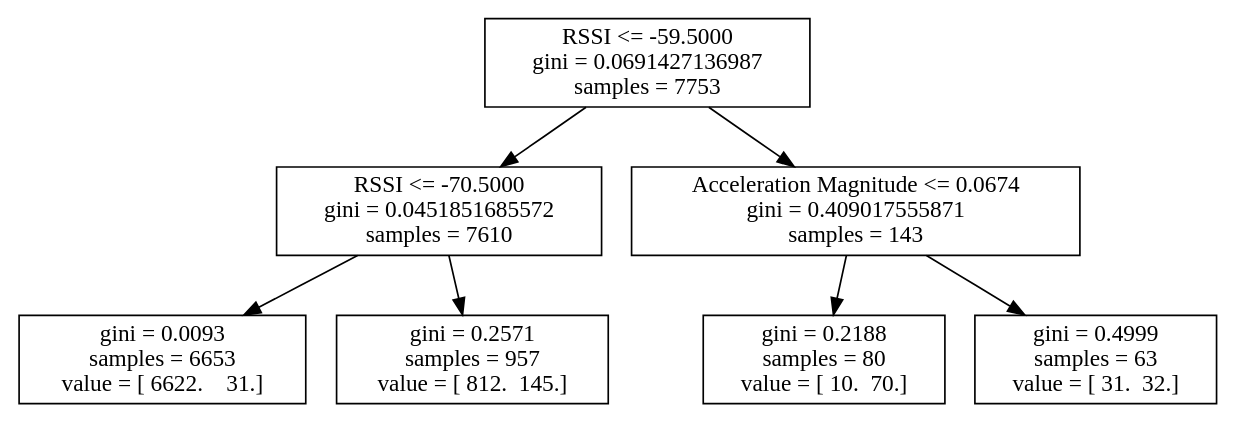
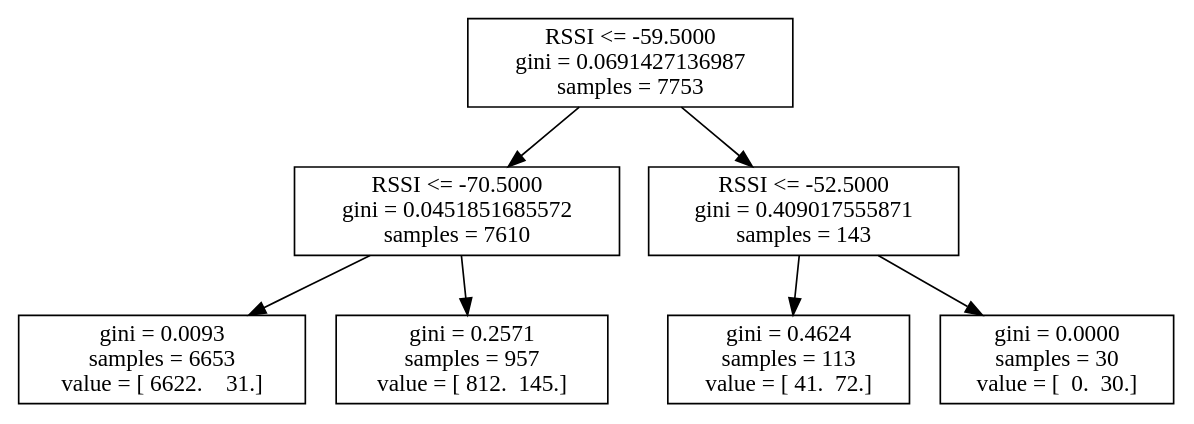
The diagram in logs/4_19/log24.dot (atitus5/6s062-Project), drawn with Graphviz before and after one commit. The commit also changed 69 other files, not shown here.

```diff
--- a/logs/4_19/log24.dot
+++ b/logs/4_19/log24.dot
@@ -1,15 +1,15 @@
 digraph Tree {
 0 [label="RSSI <= -59.5000\ngini = 0.0691427136987\nsamples = 7753", shape="box"] ;
 1 [label="RSSI <= -70.5000\ngini = 0.0451851685572\nsamples = 7610", shape="box"] ;
 0 -> 1 ;
 2 [label="gini = 0.0093\nsamples = 6653\nvalue = [ 6622.    31.]", shape="box"] ;
 1 -> 2 ;
 3 [label="gini = 0.2571\nsamples = 957\nvalue = [ 812.  145.]", shape="box"] ;
 1 -> 3 ;
-4 [label="Acceleration Magnitude <= 0.0674\ngini = 0.409017555871\nsamples = 143", shape="box"] ;
+4 [label="RSSI <= -52.5000\ngini = 0.409017555871\nsamples = 143", shape="box"] ;
 0 -> 4 ;
-5 [label="gini = 0.2188\nsamples = 80\nvalue = [ 10.  70.]", shape="box"] ;
+5 [label="gini = 0.4624\nsamples = 113\nvalue = [ 41.  72.]", shape="box"] ;
 4 -> 5 ;
-6 [label="gini = 0.4999\nsamples = 63\nvalue = [ 31.  32.]", shape="box"] ;
+6 [label="gini = 0.0000\nsamples = 30\nvalue = [  0.  30.]", shape="box"] ;
 4 -> 6 ;
 }
```
